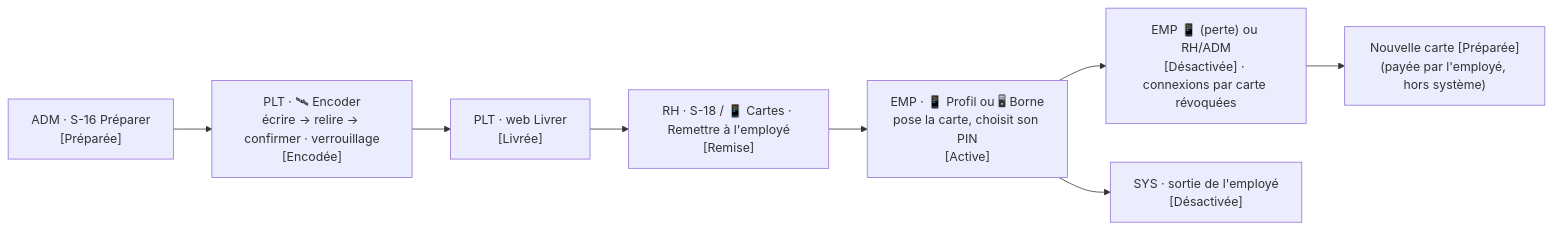
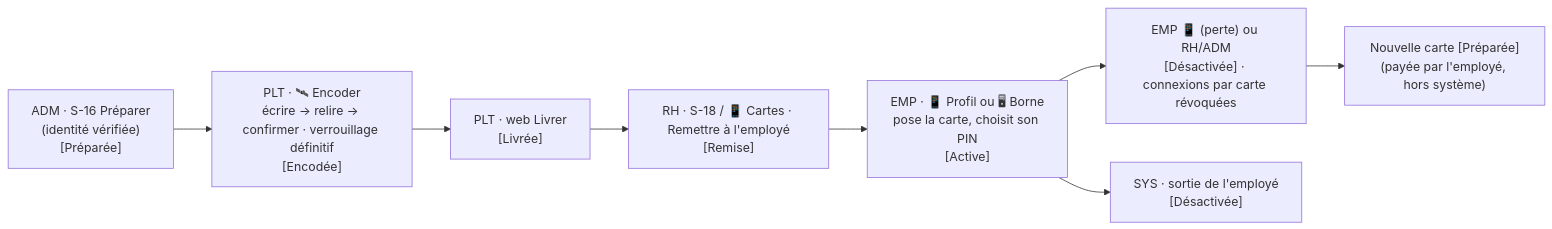
Before and after one commit to riyadaOne/fluxyrh-docs: the tenth of 21 diagrams in 01-specifications/APPFLOW.md, drawn with Mermaid. The commit also changed other lines of this file and 21 other files, not shown here.

````diff
--- a/01-specifications/APPFLOW.md
+++ b/01-specifications/APPFLOW.md
@@ -337,10 +342,10 @@
 ```mermaid
 flowchart LR
-    P["ADM · S-16 Préparer<br/>[Préparée]"] --> E["PLT · 🛰 Encoder<br/>écrire → relire → confirmer · verrouillage<br/>[Encodée]"]
+    P["ADM · S-16 Préparer<br/>(identité vérifiée)<br/>[Préparée]"] --> E["PLT · 🛰 Encoder<br/>écrire → relire → confirmer · verrouillage définitif<br/>[Encodée]"]
     E --> L["PLT · web Livrer<br/>[Livrée]"]
     L --> R["RH · S-18 / 📱 Cartes · Remettre à l'employé<br/>[Remise]"]
     R --> A["EMP · 📱 Profil ou 🖥 Borne<br/>pose la carte, choisit son PIN<br/>[Active]"]
     A --> D["EMP 📱 (perte) ou RH/ADM<br/>[Désactivée] · connexions par carte révoquées"]
     D --> P2["Nouvelle carte [Préparée]<br/>(payée par l'employé, hors système)"]
     A --> X["SYS · sortie de l'employé<br/>[Désactivée]"]
 ```
````
